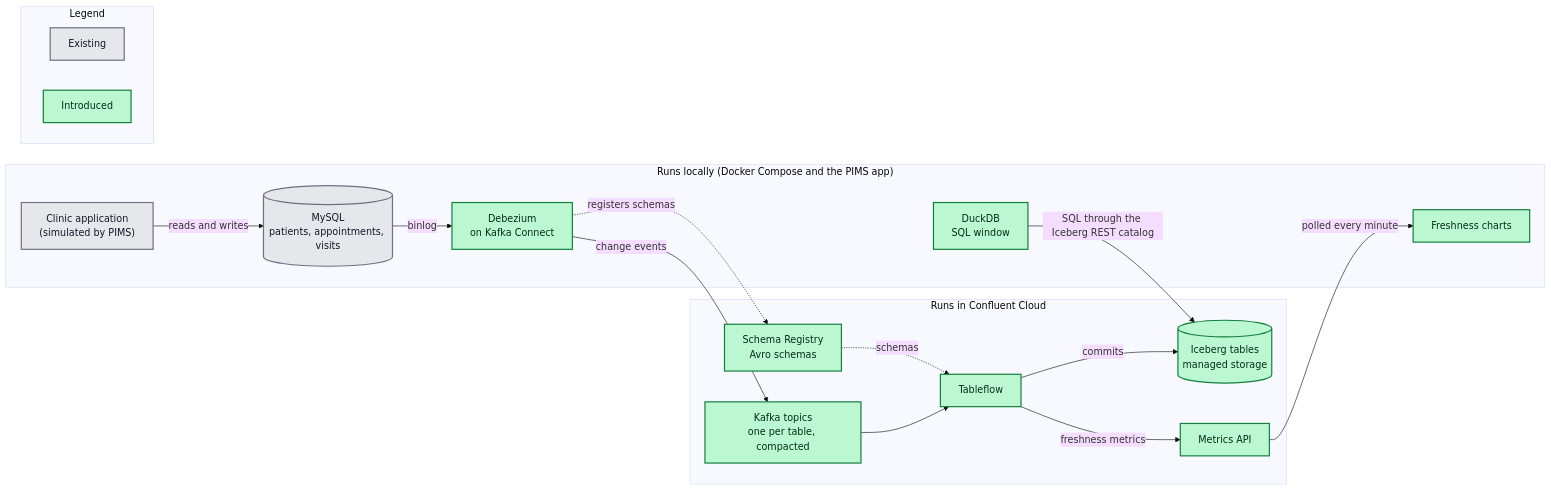
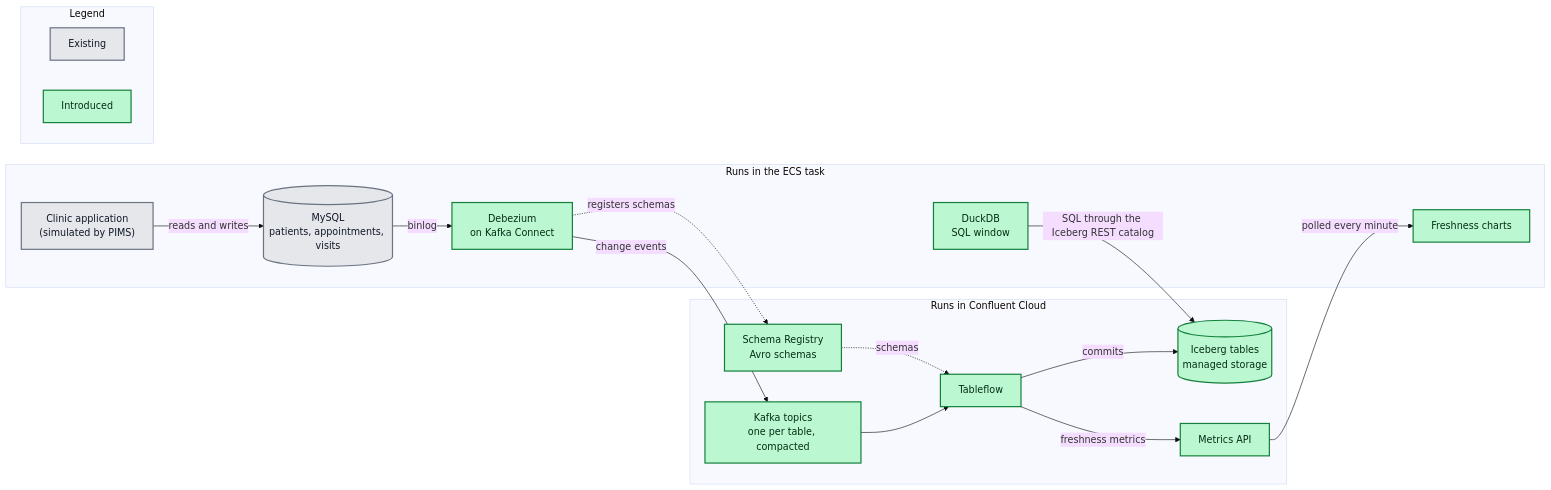
Before and after one commit to buddhike/bds-cflt-assets: the second of 2 diagrams in demos/pims/README.md, drawn with Mermaid (base theme). The commit also changed other lines of this file and 70 other files, not shown here.

First line of the commit message:
pims: refactor: remove the Wails desktop app

````diff
--- a/demos/pims/README.md
+++ b/demos/pims/README.md
@@ -201,41 +185,41 @@
 ```mermaid
 flowchart LR
-    subgraph Local["Runs locally (Docker Compose and the PIMS app)"]
+    subgraph Local["Runs in the ECS task"]
         App["Clinic application<br/>(simulated by PIMS)"]
         MySQL[("MySQL<br/>patients, appointments, visits")]
         DBZ["Debezium<br/>on Kafka Connect"]
         DuckDB["DuckDB<br/>SQL window"]
         Charts["Freshness charts"]
     end
 
     subgraph CC["Runs in Confluent Cloud"]
         Topics["Kafka topics<br/>one per table, compacted"]
         SR["Schema Registry<br/>Avro schemas"]
         TF["Tableflow"]
         Iceberg[("Iceberg tables<br/>managed storage")]
         Metrics["Metrics API"]
     end
 
     subgraph Legend["Legend"]
         direction LR
         L1["Existing"]:::existing
         L2["Introduced"]:::introduced
     end
 
     App -- "reads and writes" --> MySQL
     MySQL -- "binlog" --> DBZ
     DBZ -- "change events" --> Topics
     DBZ -. "registers schemas" .-> SR
     Topics --> TF
     SR -. "schemas" .-> TF
     TF -- "commits" --> Iceberg
     DuckDB -- "SQL through the Iceberg REST catalog" --> Iceberg
     TF -- "freshness metrics" --> Metrics
     Metrics -- "polled every minute" --> Charts
 
     classDef existing fill:#e5e7eb,stroke:#6b7280,stroke-width:2px,color:#111827
     classDef introduced fill:#bbf7d0,stroke:#15803d,stroke-width:2px,color:#052e16
 
     class App,MySQL existing
     class DBZ,DuckDB,Charts,Topics,SR,TF,Iceberg,Metrics introduced
 ```
````
